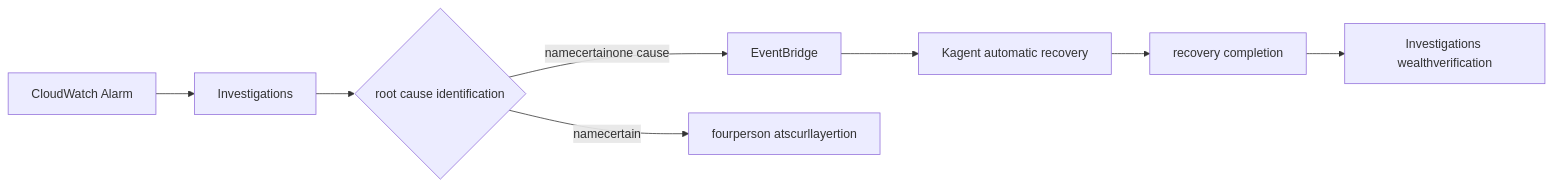
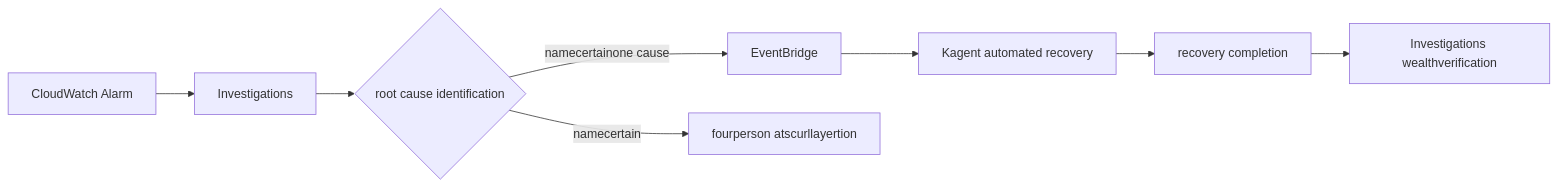
One commit to devfloor9/engineering-playbook changed the sixth of 13 diagrams in i18n/en/docusaurus-plugin-content-docs/current/aiops-aidlc/aiops-predictive-operations.md. Above: the diagram before and after it, drawn with Mermaid. The commit also changed other lines of this file, not shown here.

````diff
--- a/i18n/en/docusaurus-plugin-content-docs/current/aiops-aidlc/aiops-predictive-operations.md
+++ b/i18n/en/docusaurus-plugin-content-docs/current/aiops-aidlc/aiops-predictive-operations.md
@@ -1314,10 +1306,10 @@
 ```mermaid
 graph LR
 A[CloudWatch Alarm] --> B[Investigations]
 B --> C{root cause identification}
 C -->|namecertainone cause| D[EventBridge]
 C -->|namecertain| E[fourperson atscurllayertion]
-D --> F[Kagent automatic recovery]
+D --> F[Kagent automated recovery]
 F --> G[recovery completion]
 G --> H[Investigations wealthverification]
 ```
````
